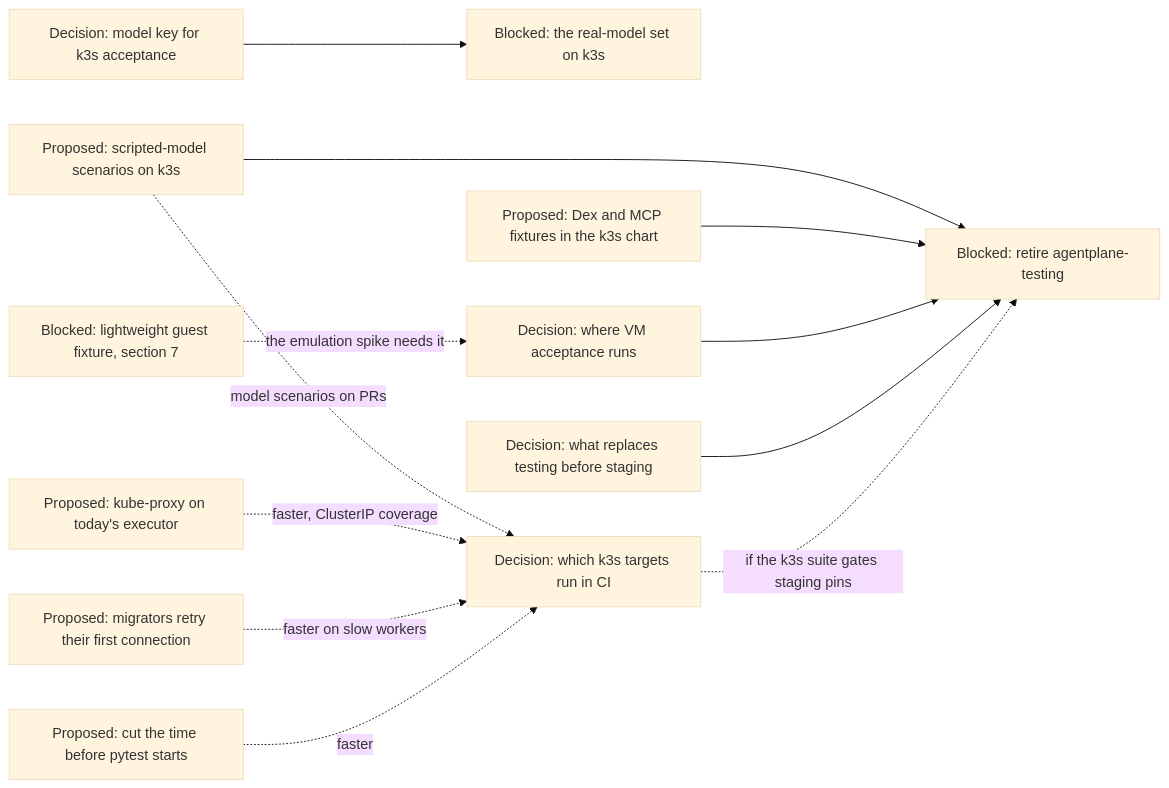
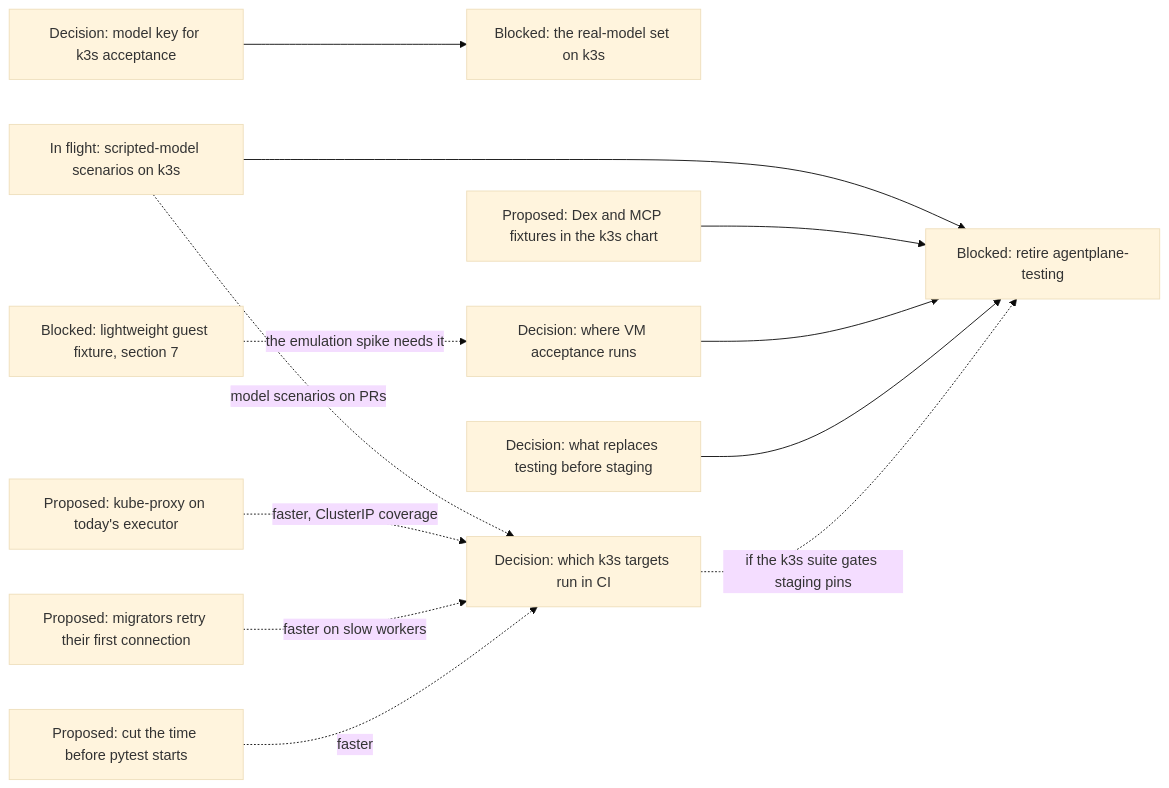
Diagram 17 of 17 in agentplane/plans/task_dag.md (agentydragon-agent/ducktape), drawn with Mermaid (base theme) before and after one commit. The commit also changed other lines of this file and 18 other files, not shown here.

First line of the commit message:
agentplane(acceptance): scripted model backend on the k3s target (#11341)

````diff
--- a/agentplane/plans/task_dag.md
+++ b/agentplane/plans/task_dag.md
@@ -1978,26 +1978,26 @@
 ```mermaid
 flowchart LR
     K3S_MODEL_CREDENTIALS[Decision: model key for k3s acceptance]
     K3S_MODEL_SCENARIOS[Blocked: the real-model set on k3s]
-    ACCEPTANCE_SCRIPTED_MODEL[Proposed: scripted-model scenarios on k3s]
+    ACCEPTANCE_SCRIPTED_MODEL[In flight: scripted-model scenarios on k3s]
     K3S_FIXTURE_IDENTITY[Proposed: Dex and MCP fixtures in the k3s chart]
     K3S_VM_ACCEPTANCE[Decision: where VM acceptance runs]
     K3S_VM_IMAGE[Blocked: lightweight guest fixture, section 7]
     TESTING_ROLLOUT_ROLE[Decision: what replaces testing before staging]
     TESTING_ENVIRONMENT_RETIRE[Blocked: retire agentplane-testing]
     K3S_KUBE_PROXY_RETEST[Proposed: kube-proxy on today's executor]
     K3S_MIGRATOR_CONNECT_RETRY[Proposed: migrators retry their first connection]
     K3S_TEST_STARTUP[Proposed: cut the time before pytest starts]
     K3S_CI_TIER[Decision: which k3s targets run in CI]
     K3S_MODEL_CREDENTIALS --> K3S_MODEL_SCENARIOS
     ACCEPTANCE_SCRIPTED_MODEL --> TESTING_ENVIRONMENT_RETIRE
     K3S_VM_IMAGE -. the emulation spike needs it .-> K3S_VM_ACCEPTANCE
     K3S_FIXTURE_IDENTITY --> TESTING_ENVIRONMENT_RETIRE
     K3S_VM_ACCEPTANCE --> TESTING_ENVIRONMENT_RETIRE
     TESTING_ROLLOUT_ROLE --> TESTING_ENVIRONMENT_RETIRE
     K3S_CI_TIER -. if the k3s suite gates staging pins .-> TESTING_ENVIRONMENT_RETIRE
     ACCEPTANCE_SCRIPTED_MODEL -. model scenarios on PRs .-> K3S_CI_TIER
     K3S_KUBE_PROXY_RETEST -. faster, ClusterIP coverage .-> K3S_CI_TIER
     K3S_MIGRATOR_CONNECT_RETRY -. faster on slow workers .-> K3S_CI_TIER
     K3S_TEST_STARTUP -. faster .-> K3S_CI_TIER
 ```
````
